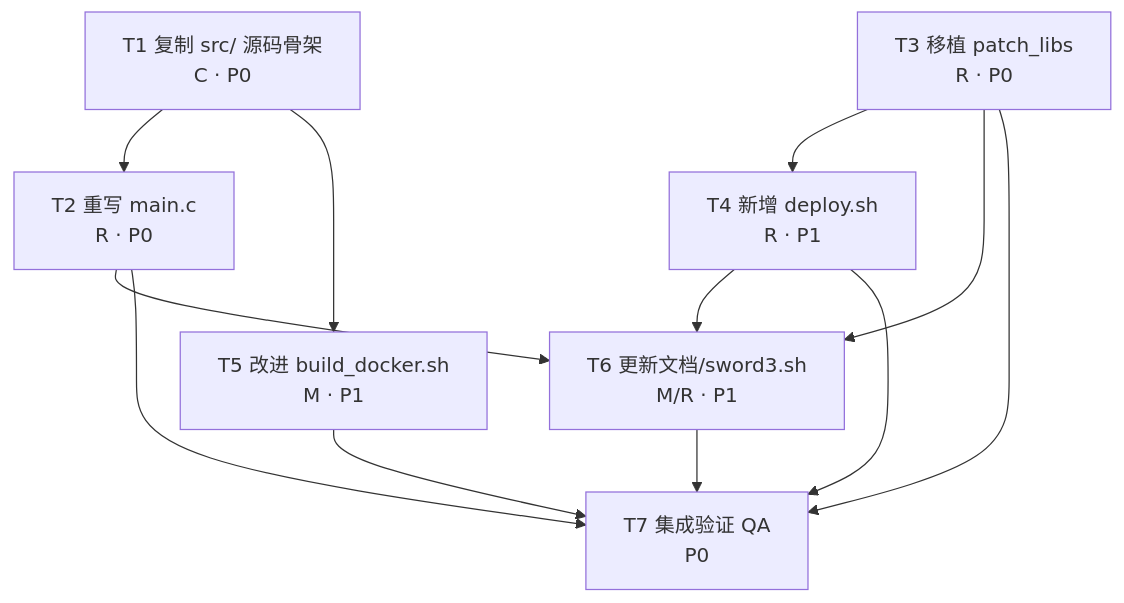
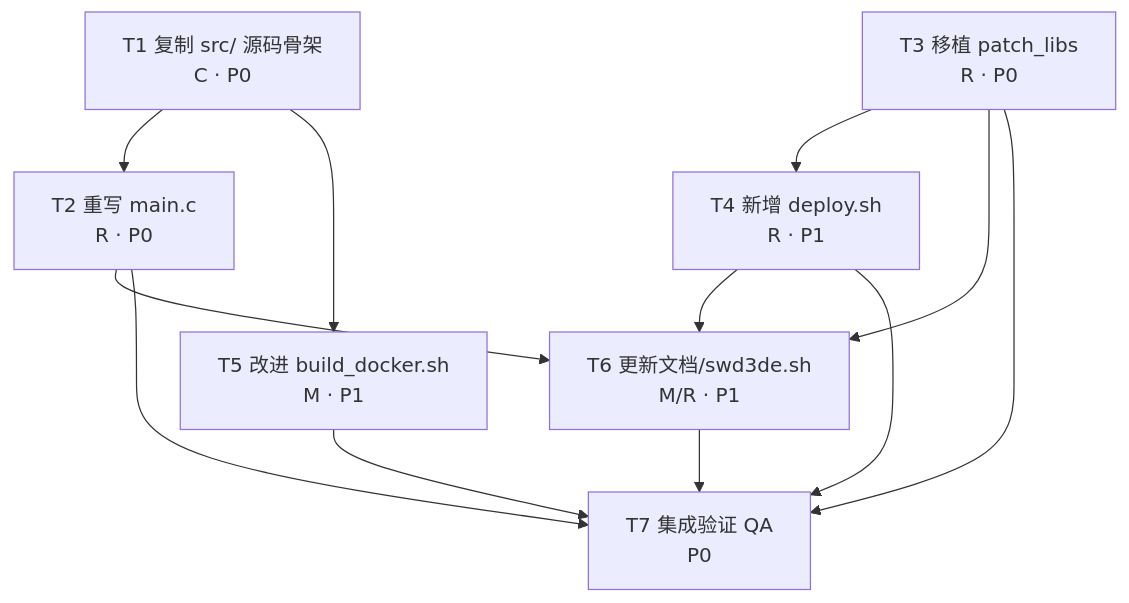
The diagram in docs/REFACTOR_DESIGN.md (AveyondFly/sword3_port), drawn with Mermaid before and after one commit. The commit also changed other lines of this file and 12 other files, not shown here.

````diff
--- a/docs/REFACTOR_DESIGN.md
+++ b/docs/REFACTOR_DESIGN.md
@@ -252,22 +252,22 @@
 ```mermaid
 graph TD
     T1[T1 复制 src/ 源码骨架<br/>C · P0]
     T2[T2 重写 main.c<br/>R · P0]
     T3[T3 移植 patch_libs<br/>R · P0]
     T4[T4 新增 deploy.sh<br/>R · P1]
     T5[T5 改进 build_docker.sh<br/>M · P1]
-    T6[T6 更新文档/sword3.sh<br/>M/R · P1]
+    T6[T6 更新文档/swd3de.sh<br/>M/R · P1]
     T7[T7 集成验证 QA<br/>P0]
 
     T1 --> T2
     T1 --> T5
     T3 --> T4
     T2 --> T6
     T3 --> T6
     T4 --> T6
     T2 --> T7
     T3 --> T7
     T4 --> T7
     T5 --> T7
     T6 --> T7
 ```
````
